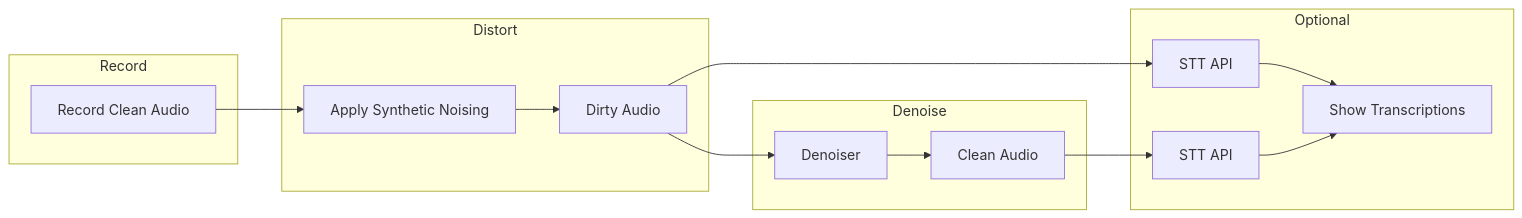
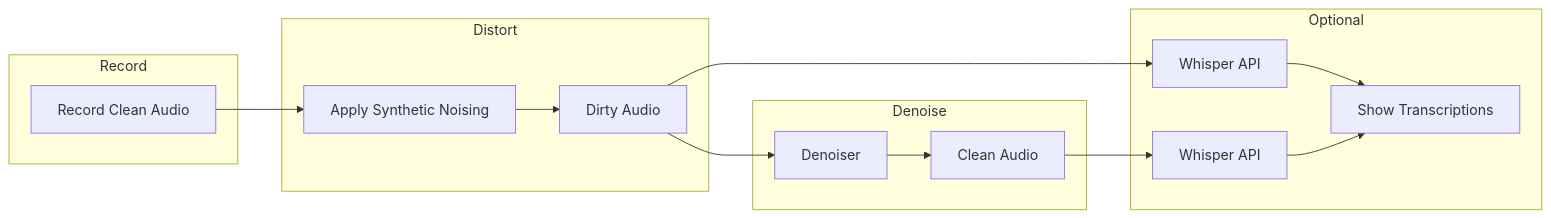
The first of 2 diagrams in .cursor/plans/relay_denoiser_master_plan_a7580656.plan.md (aniruddhdoki/relay-walkie-talkie-transcription), drawn with Mermaid before and after one commit. The commit also changed other lines of this file and 2 other files, not shown here.

Commit message:
refactor model architecture and enhance training scripts

````diff
--- a/.cursor/plans/relay_denoiser_master_plan_a7580656.plan.md
+++ b/.cursor/plans/relay_denoiser_master_plan_a7580656.plan.md
@@ -30,20 +30,20 @@
 ```mermaid
 flowchart LR
     subgraph record [Record]
         Mic[Record Clean Audio]
     end
     subgraph distort [Distort]
         Mic --> Dirty[Apply Synthetic Noising]
         Dirty --> NoisyAudio[Dirty Audio]
     end
     subgraph denoise [Denoise]
         NoisyAudio --> Model[Denoiser]
         Model --> CleanedAudio[Clean Audio]
     end
     subgraph optional [Optional]
-        NoisyAudio --> STT1[STT API]
-        CleanedAudio --> STT2[STT API]
+        NoisyAudio --> STT1[Whisper API]
+        CleanedAudio --> STT2[Whisper API]
         STT1 --> Display[Show Transcriptions]
         STT2 --> Display
     end
 ```
````
